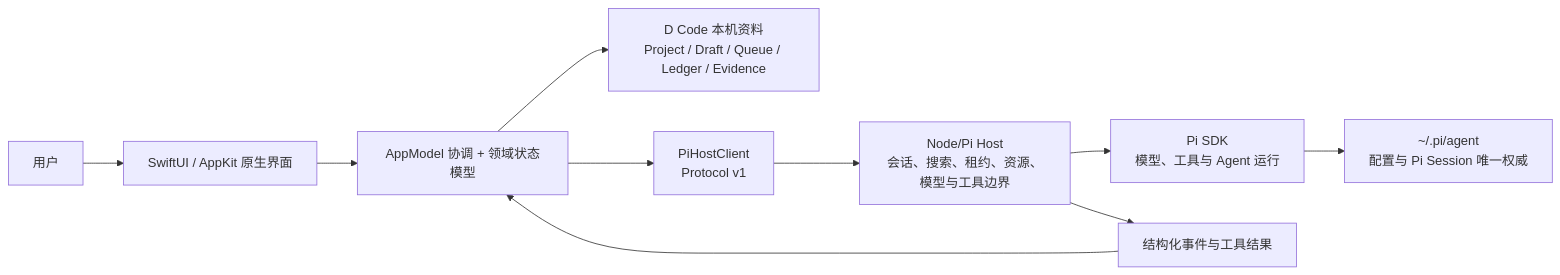
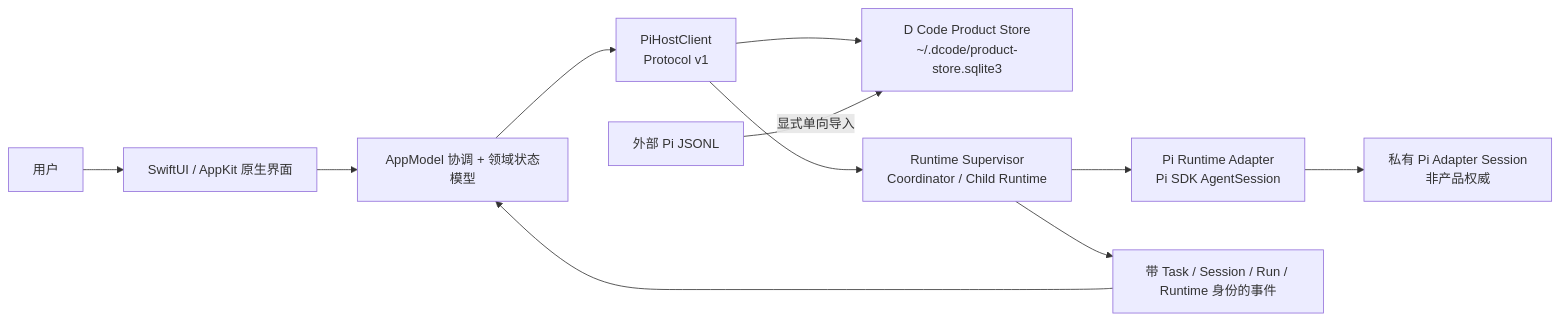
One commit to ssdiwu/dcode changed the diagram in doc/10-架构与运行/README.md. Above: the diagram before and after it, drawn with Mermaid. The commit also changed other lines of this file and 90 other files, not shown here.

````diff
--- a/doc/10-架构与运行/README.md
+++ b/doc/10-架构与运行/README.md
@@ -9,12 +13,13 @@
 ```mermaid
 flowchart LR
     User["用户"] --> UI["SwiftUI / AppKit 原生界面"]
     UI --> Model["AppModel 协调 + 领域状态模型"]
-    Model --> Local["D Code 本机资料\nProject / Draft / Queue / Ledger / Evidence"]
     Model --> Client["PiHostClient\nProtocol v1"]
-    Client --> Host["Node/Pi Host\n会话、搜索、租约、资源、模型与工具边界"]
-    Host --> SDK["Pi SDK\n模型、工具与 Agent 运行"]
-    SDK --> Pi["~/.pi/agent\n配置与 Pi Session 唯一权威"]
-    Host --> Events["结构化事件与工具结果"]
+    Client --> Store["D Code Product Store\n~/.dcode/product-store.sqlite3"]
+    Client --> Host["Runtime Supervisor\nCoordinator / Child Runtime"]
+    Host --> SDK["Pi Runtime Adapter\nPi SDK AgentSession"]
+    SDK --> Private["私有 Pi Adapter Session\n非产品权威"]
+    PiSource["外部 Pi JSONL"] -->|显式单向导入| Store
+    Host --> Events["带 Task / Session / Run / Runtime 身份的事件"]
     Events --> Model
 ```
````
